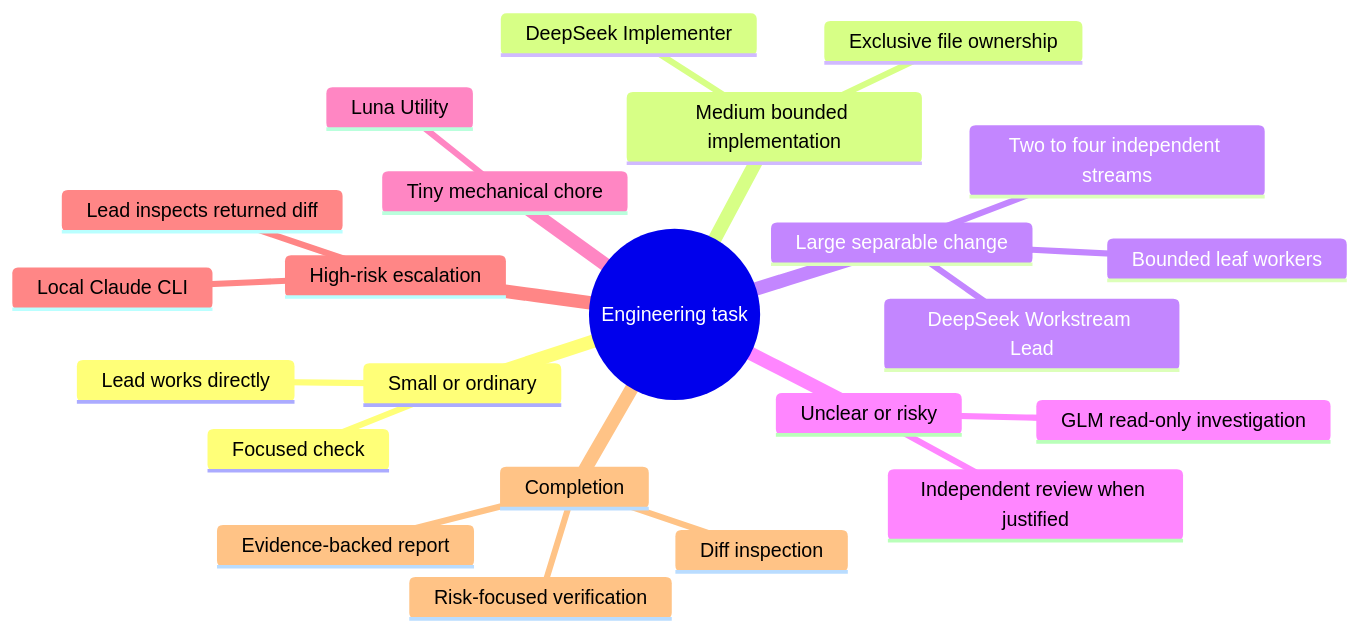
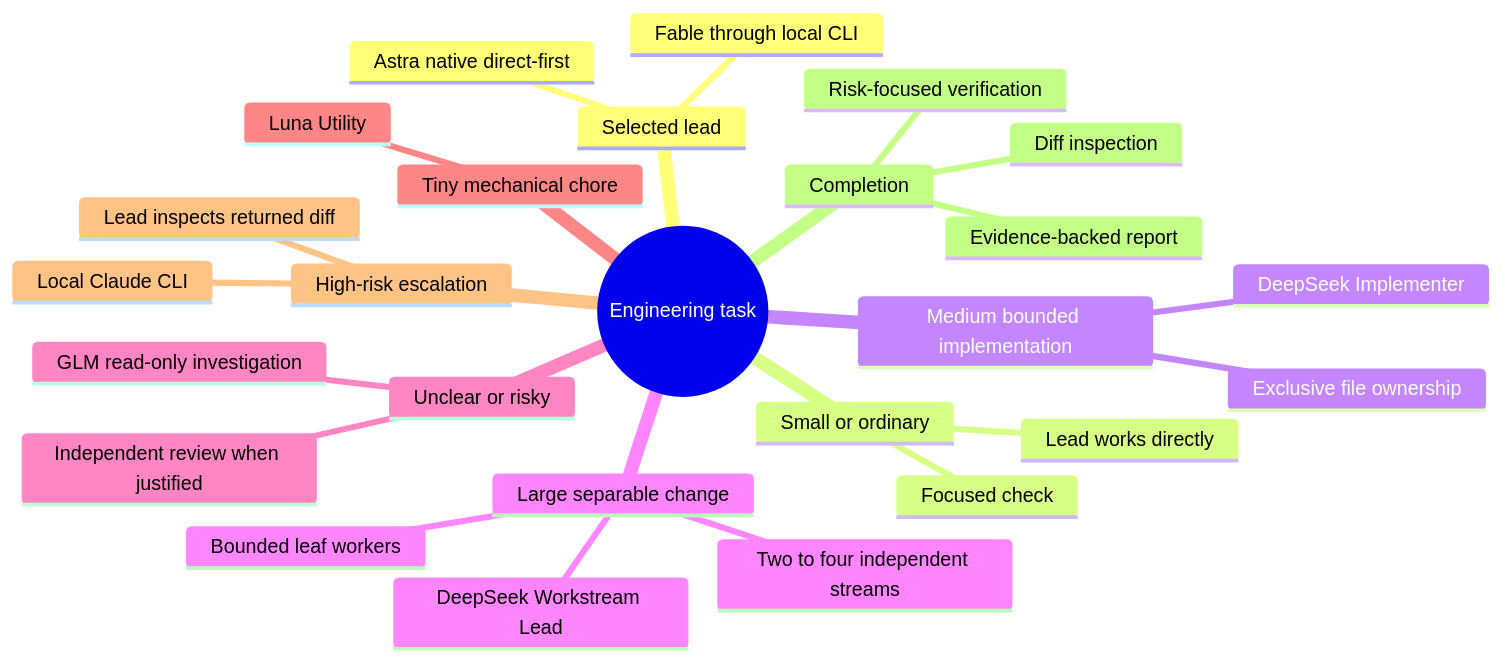
One commit to shrikrishna-skg/vs-code-configuration changed the diagram in diagrams/routing-mind-map.mmd. Above: the diagram before and after it, drawn with Mermaid. The commit also changed 36 other files, not shown here.

```diff
--- a/diagrams/routing-mind-map.mmd
+++ b/diagrams/routing-mind-map.mmd
@@ -1,24 +1,27 @@
 mindmap
   root((Engineering task))
+    Selected lead
+      Astra native direct-first
+      Fable through local CLI
     Small or ordinary
       Lead works directly
       Focused check
     Medium bounded implementation
       DeepSeek Implementer
       Exclusive file ownership
     Large separable change
       DeepSeek Workstream Lead
       Two to four independent streams
       Bounded leaf workers
     Unclear or risky
       GLM read-only investigation
       Independent review when justified
     Tiny mechanical chore
       Luna Utility
     High-risk escalation
       Local Claude CLI
       Lead inspects returned diff
     Completion
       Diff inspection
       Risk-focused verification
       Evidence-backed report
```
